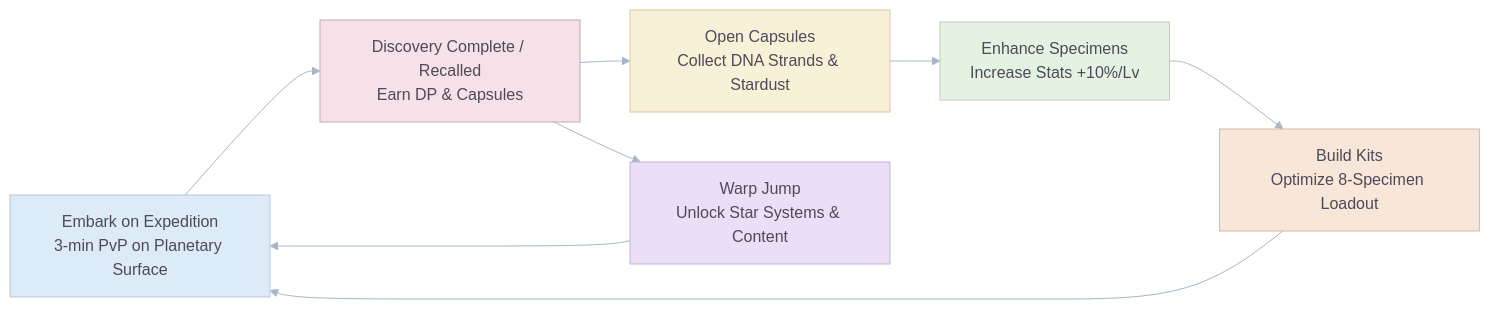
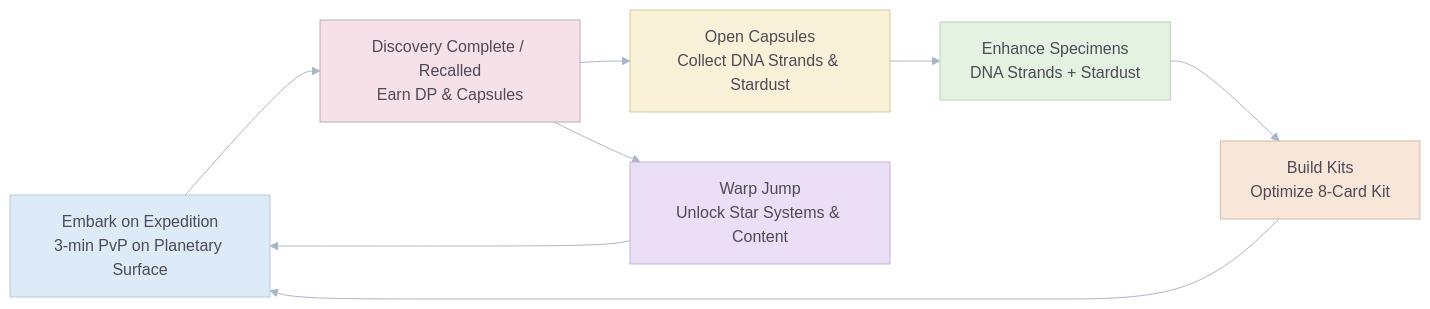
Before and after one commit to unknown-studios-code/goo-galaxy: the diagram in .docs/GDD/00_Pitch_and_Overview.md, drawn with Mermaid. The commit also changed other lines of this file and 54 other files, not shown here.

````diff
--- a/.docs/GDD/00_Pitch_and_Overview.md
+++ b/.docs/GDD/00_Pitch_and_Overview.md
@@ -57,18 +59,18 @@
 ```mermaid
 %%{init: {"theme":"base","themeVariables":{"primaryColor":"#F7E1E8","secondaryColor":"#DCEBF7","tertiaryColor":"#E4F3E1","primaryBorderColor":"#BFA9B5","lineColor":"#A8B6C8","primaryTextColor":"#4E4A57","clusterBkg":"#FAF5EA","clusterBorder":"#CDBFAF","edgeLabelBackground":"#FFF9F2","noteBkgColor":"#F7F1FA","noteTextColor":"#4E4A57","taskBkgColor":"#DCEBF7","taskTextColor":"#4E4A57","taskTextOutsideColor":"#4E4A57","sectionBkgColor":"#E4F3E1","sectionBorderColor":"#BCD0B9","gridColor":"#E8DDD3","todayLineColor":"#C7A7B5","actorBkg":"#F7E1E8","actorBorder":"#BFA9B5","actorTextColor":"#4E4A57","signalColor":"#A8B6C8","signalTextColor":"#4E4A57","labelBoxBkgColor":"#FFF9F2","labelBoxBorderColor":"#CDBFAF","labelTextColor":"#4E4A57"}}}%%
 flowchart LR
     A["Embark on Expedition<br/>3-min PvP on Planetary Surface"] --> B["Discovery Complete / Recalled<br/>Earn DP & Capsules"]
     B --> C["Open Capsules<br/>Collect DNA Strands & Stardust"]
-    C --> D["Enhance Specimens<br/>Increase Stats +10%/Lv"]
-    D --> E["Build Kits<br/>Optimize 8-Specimen Loadout"]
+    C --> D["Enhance Specimens<br/>DNA Strands + Stardust"]
+    D --> E["Build Kits<br/>Optimize 8-Card Kit"]
     E --> A
     B --> F["Warp Jump<br/>Unlock Star Systems & Content"]
     F --> A
 
     style A fill:#DCEBF7,color:#4E4A57,stroke:#B7C8D9
     style B fill:#F7E1E8,color:#4E4A57,stroke:#BFA9B5
     style C fill:#F8F1D7,color:#4E4A57,stroke:#D8C79E
     style D fill:#E4F3E1,color:#4E4A57,stroke:#BCD0B9
     style E fill:#F8E6D8,color:#4E4A57,stroke:#D7B9A4
     style F fill:#EADFF7,color:#4E4A57,stroke:#C5B1D8
 ```
````
